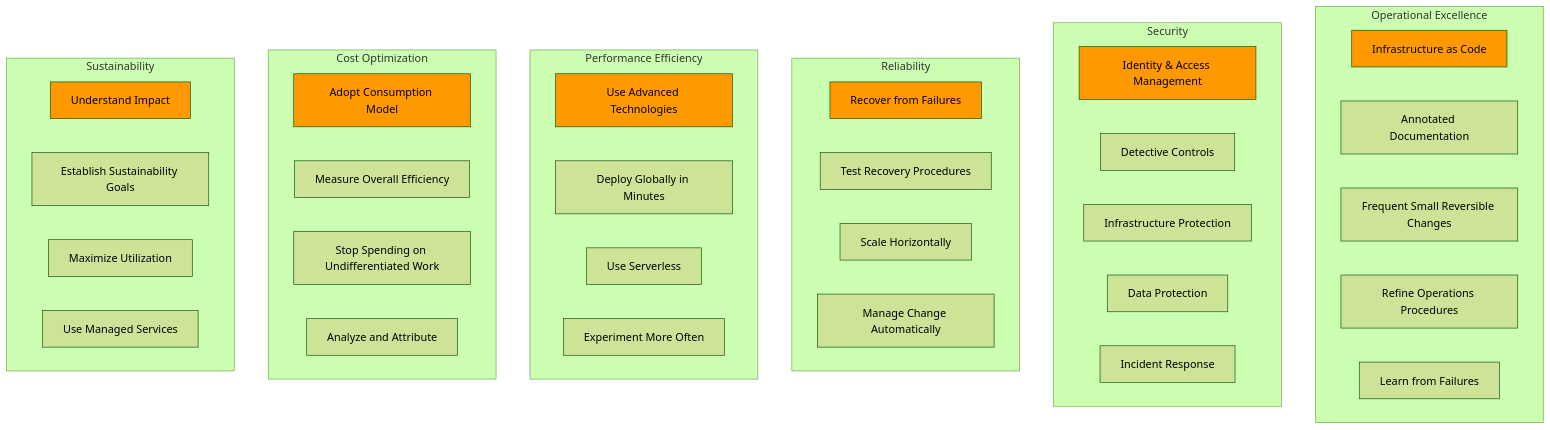
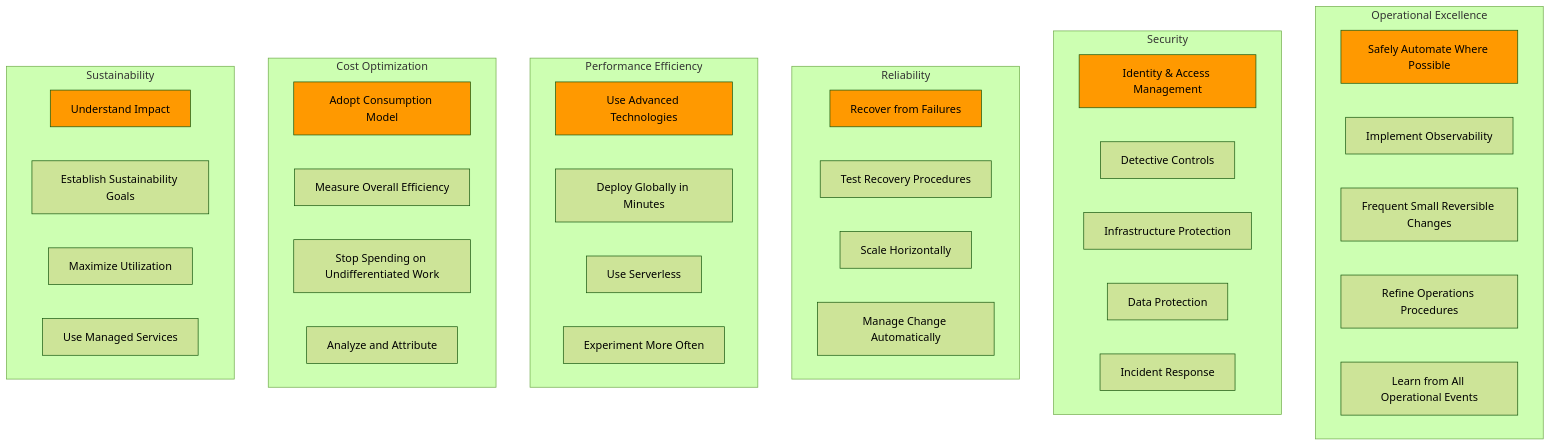
The fifth of 15 diagrams in 01-AWS-Fundamentals/DIAGRAMS.md (vanhoangkha/aws-saa-c03-study-guide-), drawn with Mermaid (forest theme) before and after one commit. The commit also changed other lines of this file and 9 other files, not shown here.

````diff
--- a/01-AWS-Fundamentals/DIAGRAMS.md
+++ b/01-AWS-Fundamentals/DIAGRAMS.md
@@ -165,59 +166,59 @@
 ```mermaid
 graph TB
     subgraph Operational_Excellence_Group["Operational Excellence"]
-        OE1[Infrastructure as Code]
-        OE2[Annotated Documentation]
+        OE1[Safely Automate Where Possible]
+        OE2[Implement Observability]
         OE3[Frequent Small Reversible Changes]
         OE4[Refine Operations Procedures]
-        OE5[Learn from Failures]
+        OE5[Learn from All Operational Events]
     end
     
     subgraph Security_Group["Security"]
         S1[Identity & Access Management]
         S2[Detective Controls]
         S3[Infrastructure Protection]
         S4[Data Protection]
         S5[Incident Response]
     end
     
     subgraph Reliability_Group["Reliability"]
         R1[Recover from Failures]
         R2[Test Recovery Procedures]
         R3[Scale Horizontally]
         R4[Manage Change Automatically]
     end
     
     subgraph Performance_Efficiency_Group["Performance Efficiency"]
         P1[Use Advanced Technologies]
         P2[Deploy Globally in Minutes]
         P3[Use Serverless]
         P4[Experiment More Often]
     end
     
     subgraph Cost_Optimization_Group["Cost Optimization"]
         C1[Adopt Consumption Model]
         C2[Measure Overall Efficiency]
         C3[Stop Spending on Undifferentiated Work]
         C4[Analyze and Attribute]
     end
     
     subgraph Sustainability_Group["Sustainability"]
         SU1[Understand Impact]
         SU2[Establish Sustainability Goals]
         SU3[Maximize Utilization]
         SU4[Use Managed Services]
     end
     
     classDef style1 fill:#FF9900
     class OE1 style1
     classDef style2 fill:#FF9900
     class S1 style2
     classDef style3 fill:#FF9900
     class R1 style3
     classDef style4 fill:#FF9900
     class P1 style4
     classDef style5 fill:#FF9900
     class C1 style5
     classDef style6 fill:#FF9900
     class SU1 style6
 ```
````
